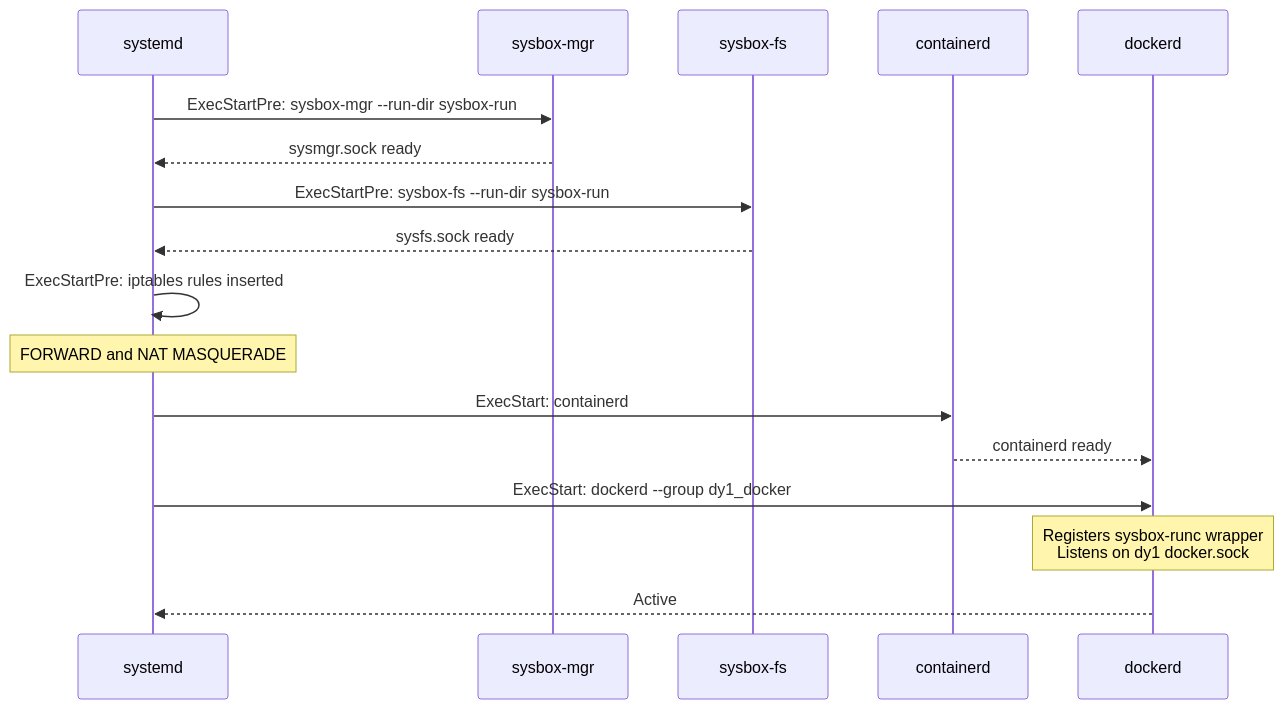
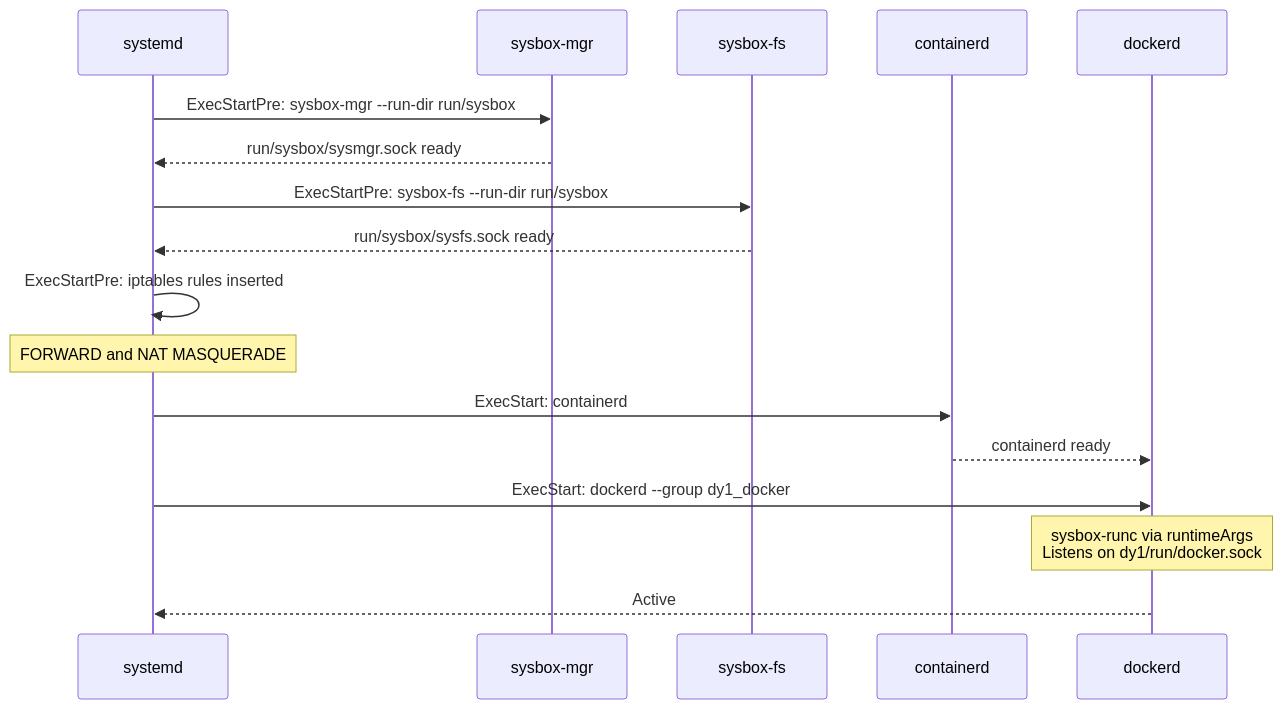
One commit to shaghafbrand/dockyard changed the third of 6 diagrams in ARCHITECTURE.md. Above: the diagram before and after it, drawn with Mermaid. The commit also changed other lines of this file and 4 other files, not shown here.

First line of the commit message:
docs: update all docs and mermaid for FHS layout

````diff
--- a/ARCHITECTURE.md
+++ b/ARCHITECTURE.md
@@ -236,24 +223,24 @@
 ```mermaid
 sequenceDiagram
     participant SD as systemd
     participant SM as sysbox-mgr
     participant SF as sysbox-fs
     participant CT as containerd
     participant DK as dockerd
 
-    SD->>SM: ExecStartPre: sysbox-mgr --run-dir sysbox-run
-    SM-->>SD: sysmgr.sock ready
+    SD->>SM: ExecStartPre: sysbox-mgr --run-dir run/sysbox
+    SM-->>SD: run/sysbox/sysmgr.sock ready
 
-    SD->>SF: ExecStartPre: sysbox-fs --run-dir sysbox-run
-    SF-->>SD: sysfs.sock ready
+    SD->>SF: ExecStartPre: sysbox-fs --run-dir run/sysbox
+    SF-->>SD: run/sysbox/sysfs.sock ready
 
     SD->>SD: ExecStartPre: iptables rules inserted
     Note over SD: FORWARD and NAT MASQUERADE
 
     SD->>CT: ExecStart: containerd
     CT-->>DK: containerd ready
 
     SD->>DK: ExecStart: dockerd --group dy1_docker
-    Note over DK: Registers sysbox-runc wrapper<br/>Listens on dy1 docker.sock
+    Note over DK: sysbox-runc via runtimeArgs<br/>Listens on dy1/run/docker.sock
     DK-->>SD: Active
 ```
````
